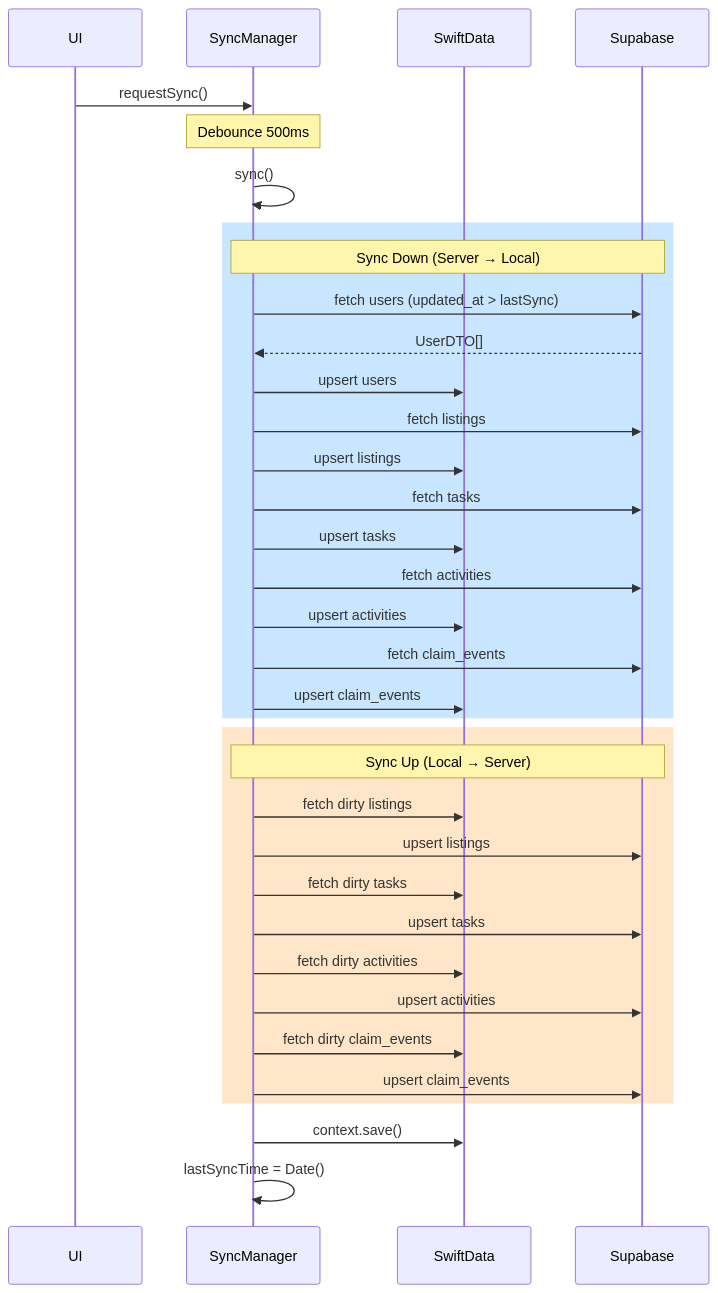
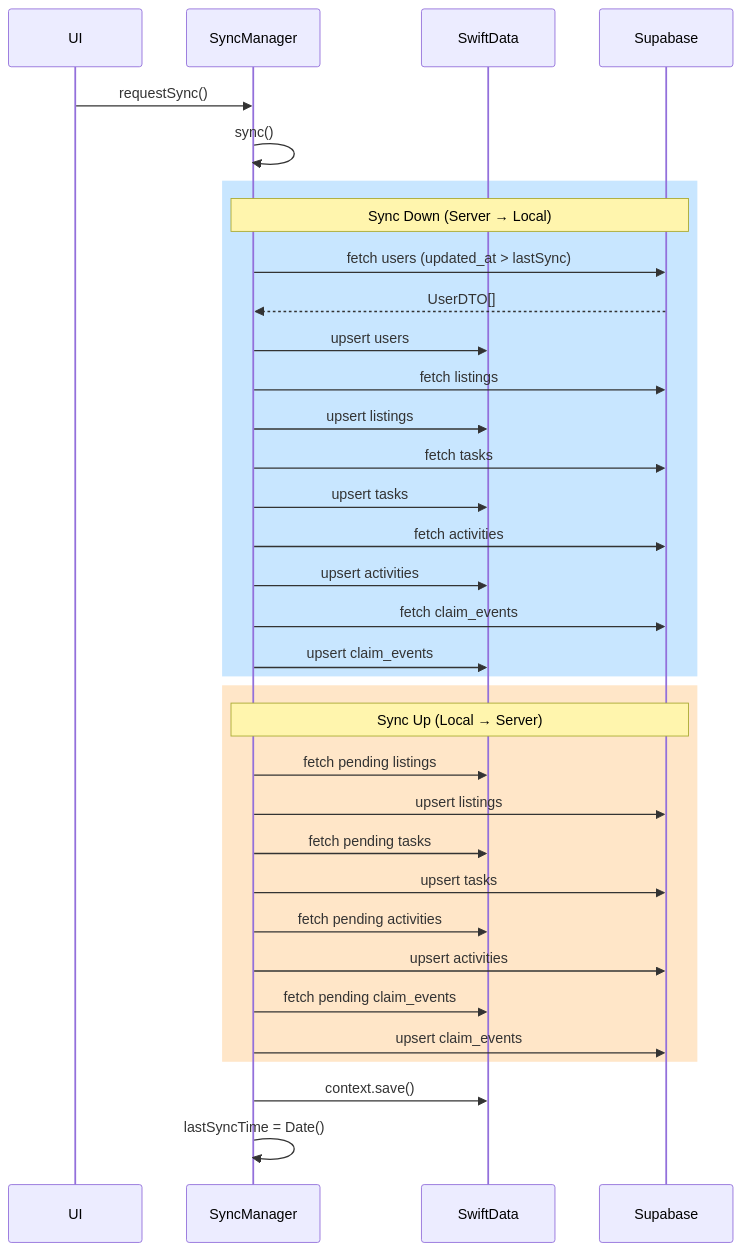
Before and after one commit to ArchieOS-org/Dispatch: the third of 3 diagrams in DATA_SYSTEM.md, drawn with Mermaid. The commit also changed other lines of this file and 2 other files, not shown here.

Commit message:
docs: update simulator configurations and expand data system documentation

````diff
--- a/DATA_SYSTEM.md
+++ b/DATA_SYSTEM.md
@@ -619,41 +924,40 @@
 ```mermaid
 sequenceDiagram
     participant UI
     participant SyncManager
     participant SwiftData
     participant Supabase
 
     UI->>SyncManager: requestSync()
-    Note over SyncManager: Debounce 500ms
     SyncManager->>SyncManager: sync()
 
     rect rgb(200, 230, 255)
         Note over SyncManager,Supabase: Sync Down (Server → Local)
         SyncManager->>Supabase: fetch users (updated_at > lastSync)
         Supabase-->>SyncManager: UserDTO[]
         SyncManager->>SwiftData: upsert users
         SyncManager->>Supabase: fetch listings
         SyncManager->>SwiftData: upsert listings
         SyncManager->>Supabase: fetch tasks
         SyncManager->>SwiftData: upsert tasks
         SyncManager->>Supabase: fetch activities
         SyncManager->>SwiftData: upsert activities
         SyncManager->>Supabase: fetch claim_events
         SyncManager->>SwiftData: upsert claim_events
     end
 
     rect rgb(255, 230, 200)
         Note over SyncManager,Supabase: Sync Up (Local → Server)
-        SyncManager->>SwiftData: fetch dirty listings
+        SyncManager->>SwiftData: fetch pending listings
         SyncManager->>Supabase: upsert listings
-        SyncManager->>SwiftData: fetch dirty tasks
+        SyncManager->>SwiftData: fetch pending tasks
         SyncManager->>Supabase: upsert tasks
-        SyncManager->>SwiftData: fetch dirty activities
+        SyncManager->>SwiftData: fetch pending activities
         SyncManager->>Supabase: upsert activities
-        SyncManager->>SwiftData: fetch dirty claim_events
+        SyncManager->>SwiftData: fetch pending claim_events
         SyncManager->>Supabase: upsert claim_events
     end
 
     SyncManager->>SwiftData: context.save()
     SyncManager->>SyncManager: lastSyncTime = Date()
 ```
````
